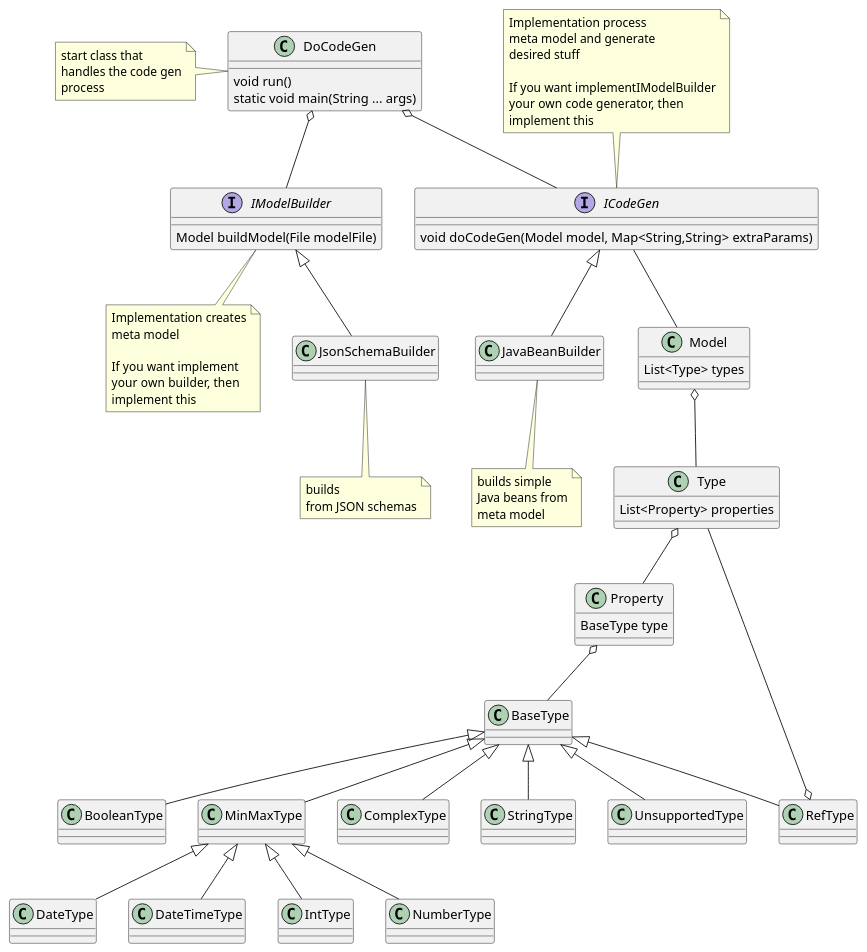
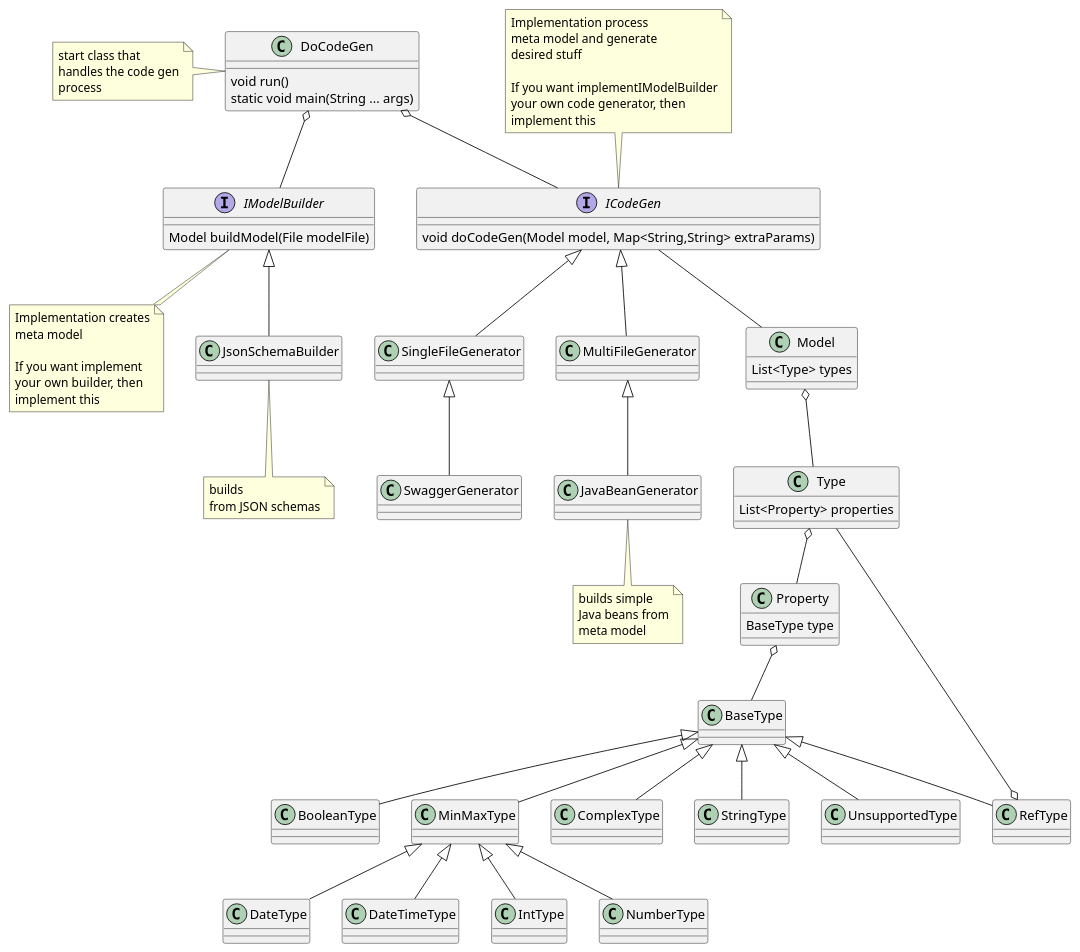
One commit to schlothauer-wauer/jsoncodegen changed the diagram in docs/main_structure.puml. Above: the diagram before and after it, drawn with PlantUML. The commit also changed 5 other files, not shown here.

```diff
--- a/docs/main_structure.puml
+++ b/docs/main_structure.puml
@@ -1,91 +1,96 @@
 @startuml
 interface IModelBuilder {
     Model buildModel(File modelFile)
 }
 
 note bottom of IModelBuilder
     Implementation creates
     meta model
 
     If you want implement
     your own builder, then
     implement this
 end note
 
 interface ICodeGen {
     void doCodeGen(Model model, Map<String,String> extraParams)
 }
 
 note top of ICodeGen
     Implementation process
     meta model and generate
     desired stuff
 
     If you want implementIModelBuilder
     your own code generator, then
     implement this
 end note
 
 
 class DoCodeGen {
     void run()
     static void main(String ... args)
 }
 
 class JsonSchemaBuilder
-class JavaBeanBuilder
+class SingleFileGenerator
+class MultiFileGenerator
+class JavaBeanGenerator
 
 note left of DoCodeGen
     start class that
     handles the code gen
     process
 end note
 
 note bottom of JsonSchemaBuilder
     builds
     from JSON schemas
 end note
 
-note bottom of JavaBeanBuilder
+note bottom of JavaBeanGenerator
     builds simple
     Java beans from
     meta model
 end note
 
 DoCodeGen o-- IModelBuilder
 DoCodeGen o-- ICodeGen
 
 IModelBuilder <|-- JsonSchemaBuilder
-ICodeGen <|-- JavaBeanBuilder
+ICodeGen <|-- MultiFileGenerator
+ICodeGen <|-- SingleFileGenerator
 
+MultiFileGenerator <|-- JavaBeanGenerator
+SingleFileGenerator <|-- SwaggerGenerator
 class Model {
     List<Type> types
 }
 
 class Type {
     List<Property> properties
 }
 
 class Property {
     BaseType type
 }
 
 BaseType <|-- BooleanType
 BaseType <|-- MinMaxType
 BaseType <|-- ComplexType
 MinMaxType <|-- DateType
 MinMaxType <|-- DateTimeType
 MinMaxType <|-- IntType
 MinMaxType <|-- NumberType
 BaseType <|-- RefType
 BaseType <|-- StringType
 BaseType <|-- UnsupportedType
 
 Property o-- BaseType
 Type o-- Property
 Model o-- Type
 
 RefType o-- Type
 ICodeGen -- Model
 
 @enduml
```
